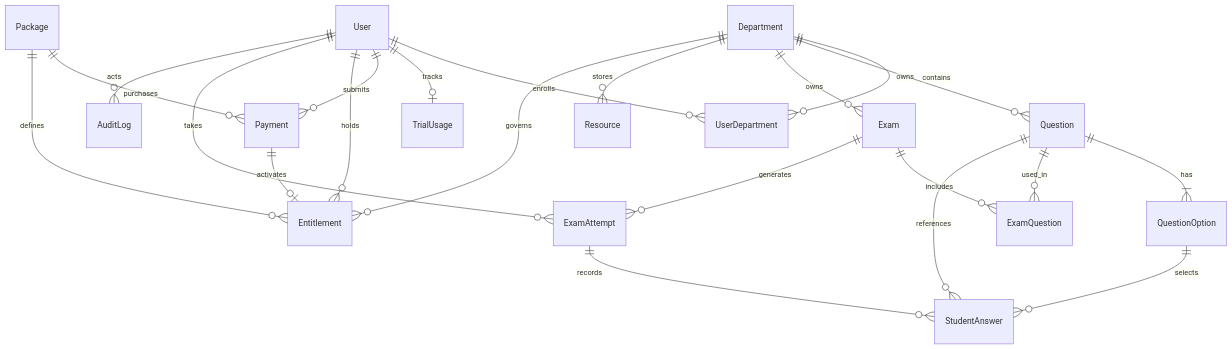
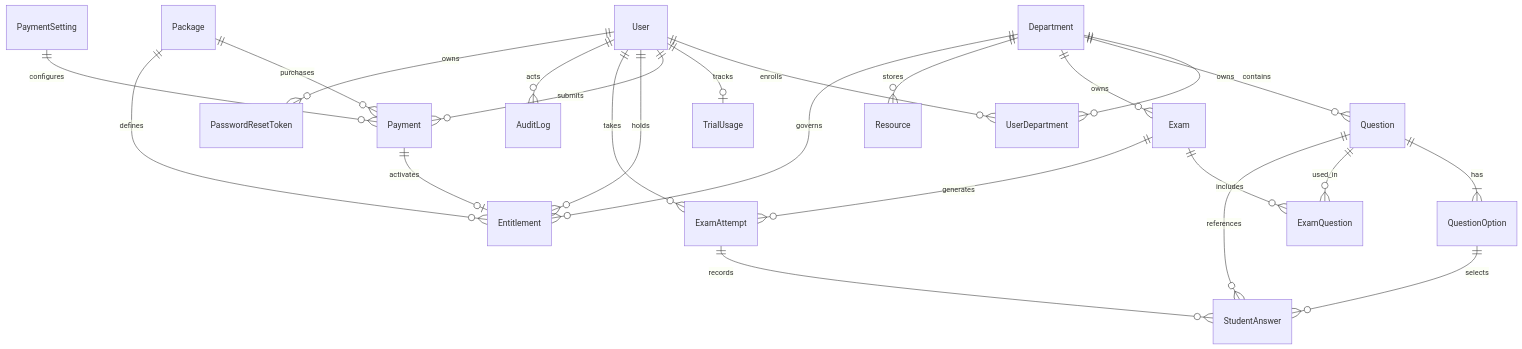
One commit to bonssss/assessly changed the diagram in docs/TECHNICAL_DOCUMENTATION.md. Above: the diagram before and after it, drawn with Mermaid. The commit also changed other lines of this file and 4 other files, not shown here.

````diff
--- a/docs/TECHNICAL_DOCUMENTATION.md
+++ b/docs/TECHNICAL_DOCUMENTATION.md
@@ -121,28 +153,30 @@
 ```mermaid
 erDiagram
     User ||--o{ UserDepartment : enrolls
     Department ||--o{ UserDepartment : contains
     User ||--o| TrialUsage : tracks
     User ||--o{ Payment : submits
     User ||--o{ Entitlement : holds
     User ||--o{ ExamAttempt : takes
     User ||--o{ AuditLog : acts
+    User ||--o{ PasswordResetToken : owns
 
     Department ||--o{ Question : owns
     Department ||--o{ Exam : owns
     Department ||--o{ Resource : stores
     Department ||--o{ Entitlement : governs
 
     Question ||--|{ QuestionOption : has
     Exam ||--o{ ExamQuestion : includes
     Question ||--o{ ExamQuestion : used_in
 
     ExamAttempt ||--o{ StudentAnswer : records
     Exam ||--o{ ExamAttempt : generates
     Question ||--o{ StudentAnswer : references
     QuestionOption ||--o{ StudentAnswer : selects
 
     Package ||--o{ Payment : purchases
     Package ||--o{ Entitlement : defines
     Payment ||--o| Entitlement : activates
+    PaymentSetting ||--o{ Payment : configures
 ```
````
